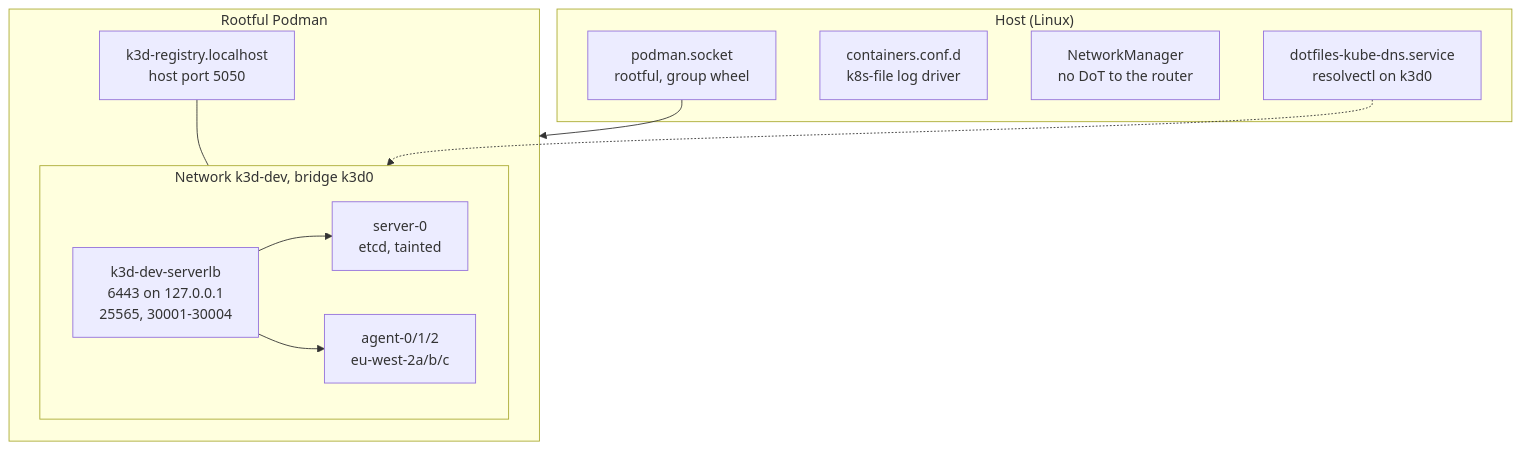
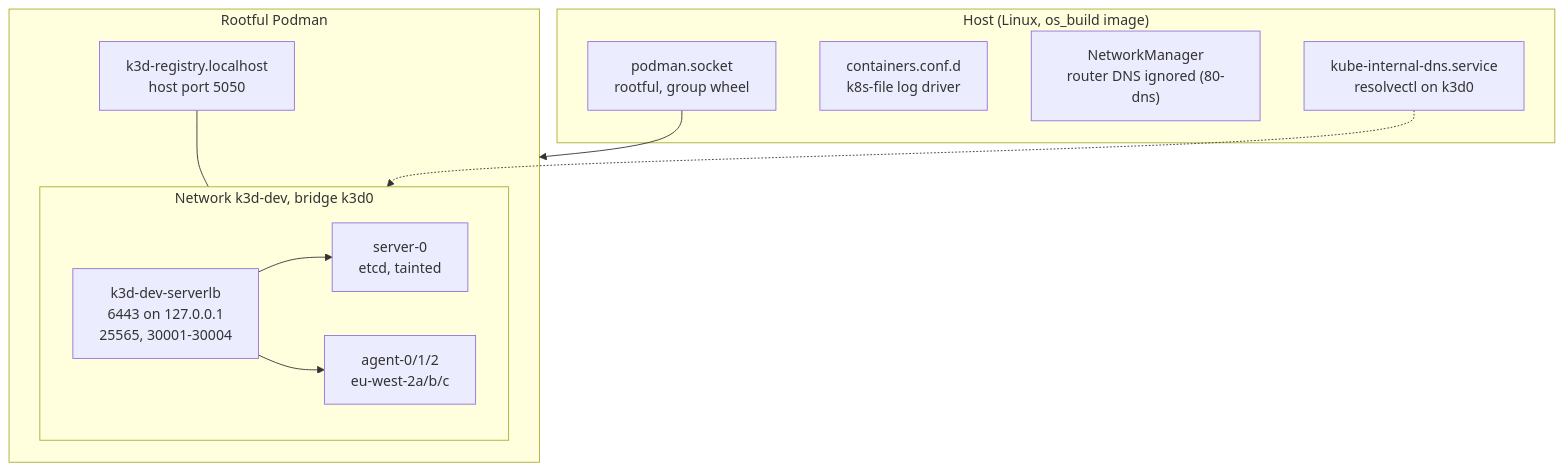
One commit to bourbonfgiles/dotfiles changed the second of 2 diagrams in kubernetes.md. Above: the diagram before and after it, drawn with Mermaid. The commit also changed other lines of this file and 53 other files, not shown here.

````diff
--- a/kubernetes.md
+++ b/kubernetes.md
@@ -49,22 +49,22 @@
 ```mermaid
 flowchart TB
-  subgraph host["Host (Linux)"]
+  subgraph host["Host (Linux, os_build image)"]
     socket["podman.socket<br/>rootful, group wheel"]
     logs["containers.conf.d<br/>k8s-file log driver"]
-    nm["NetworkManager<br/>no DoT to the router"]
-    unit["dotfiles-kube-dns.service<br/>resolvectl on k3d0"]
+    nm["NetworkManager<br/>router DNS ignored (80-dns)"]
+    unit["kube-internal-dns.service<br/>resolvectl on k3d0"]
   end
   subgraph podman["Rootful Podman"]
     registry["k3d-registry.localhost<br/>host port 5050"]
     subgraph net["Network k3d-dev, bridge k3d0"]
       lb["k3d-dev-serverlb<br/>6443 on 127.0.0.1<br/>25565, 30001-30004"]
       server["server-0<br/>etcd, tainted"]
       agents["agent-0/1/2<br/>eu-west-2a/b/c"]
     end
   end
   socket --> podman
   lb --> server
   lb --> agents
   registry --- net
   unit -.-> net
 ```
````
